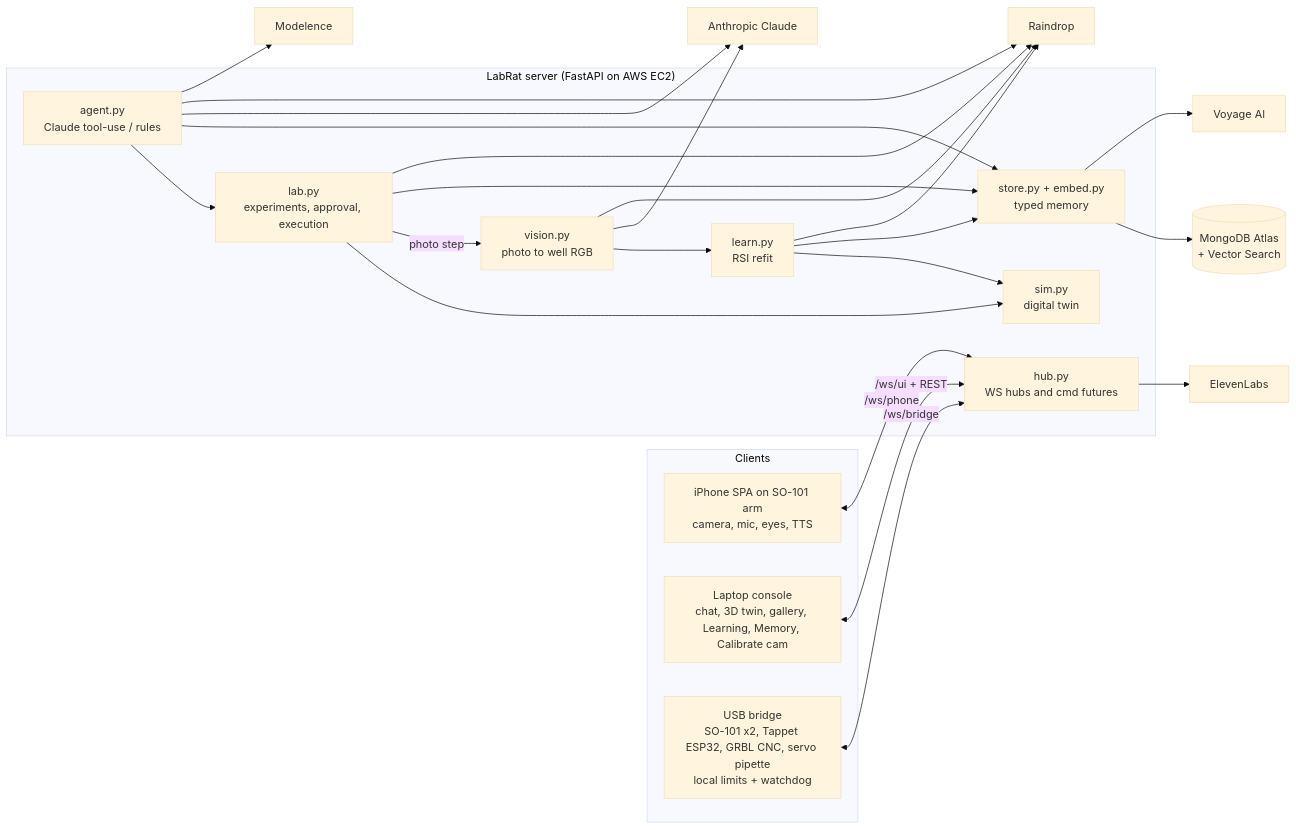
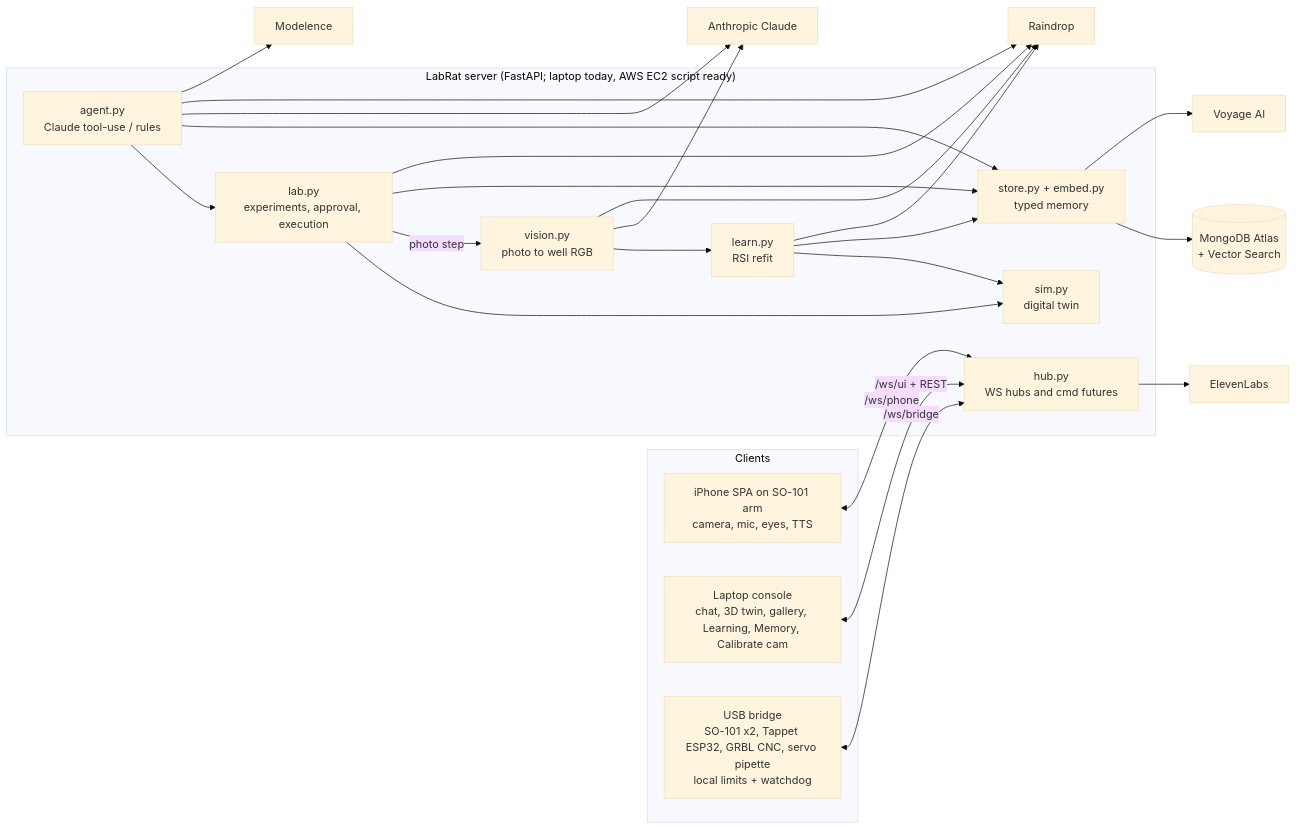
The diagram in SUBMISSION.md (JacobFV/labrat), drawn with Mermaid (base theme) before and after one commit. The commit also changed other lines of this file and 15 other files, not shown here.

Commit message:
Consolidate: Tappet hardware lives in tappet/, unified CI, docs/ARCHITECTURE.md as single system-design SSoT, honest status in README/SUBMISSION/DEMO, configurable Voyage endpoint (Atlas model keys)

````diff
--- a/SUBMISSION.md
+++ b/SUBMISSION.md
@@ -18,30 +18,30 @@
 ```mermaid
 flowchart LR
   subgraph Clients
     P[iPhone SPA on SO-101 arm<br/>camera, mic, eyes, TTS]
     W[Laptop console<br/>chat, 3D twin, gallery, Learning, Memory, Calibrate cam]
     B[USB bridge<br/>SO-101 x2, Tappet ESP32, GRBL CNC, servo pipette<br/>local limits + watchdog]
   end
-  subgraph Server["LabRat server (FastAPI on AWS EC2)"]
+  subgraph Server["LabRat server (FastAPI; laptop today, AWS EC2 script ready)"]
     H[hub.py<br/>WS hubs and cmd futures]
     A[agent.py<br/>Claude tool-use / rules]
     L[lab.py<br/>experiments, approval, execution]
     S[sim.py<br/>digital twin]
     V[vision.py<br/>photo to well RGB]
     R[learn.py<br/>RSI refit]
     M[store.py + embed.py<br/>typed memory]
   end
   P <-->|/ws/phone| H
   W <-->|/ws/ui + REST| H
   B <-->|/ws/bridge| H
   A --> L --> S
   L -->|photo step| V --> R --> S
   A & R & L --> M
   M --> Atlas[(MongoDB Atlas<br/>+ Vector Search)]
   M --> Voy[Voyage AI]
   A --> Claude[Anthropic Claude]
   V --> Claude
   H --> EL[ElevenLabs]
   A & L & R & V --> RD[Raindrop]
   A --> MD[Modelence]
 ```
````
